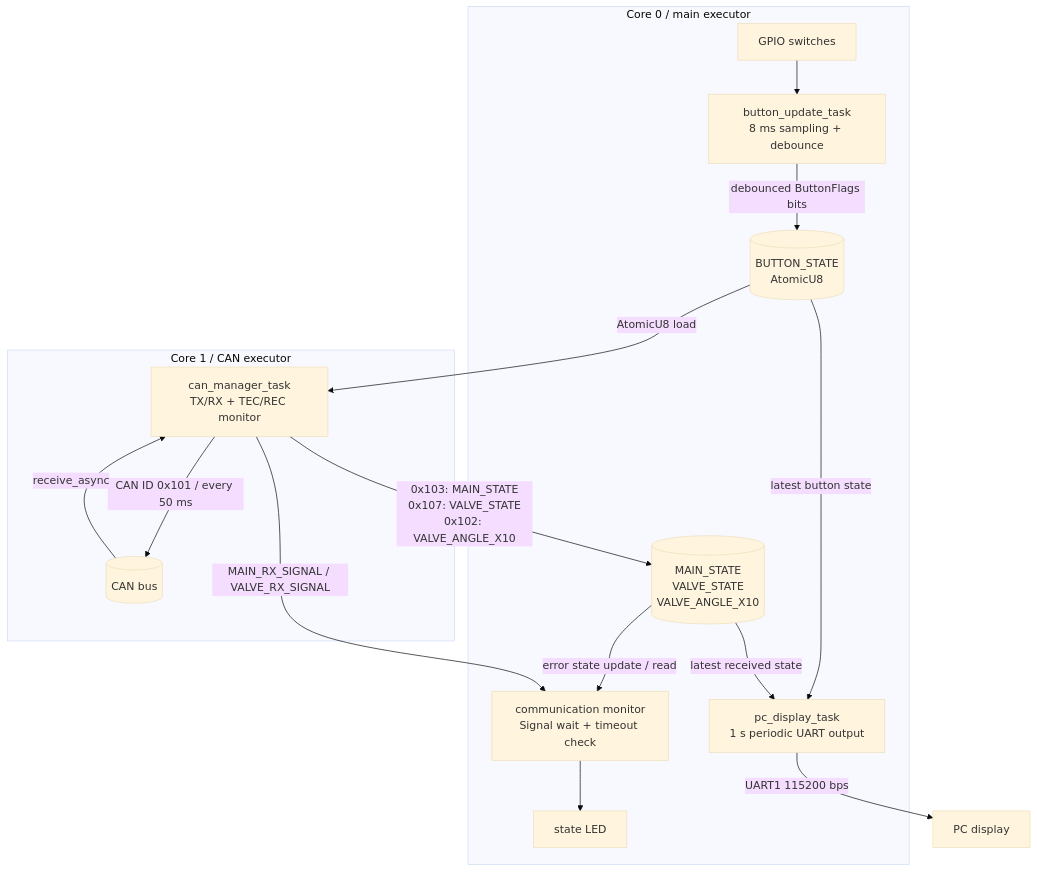
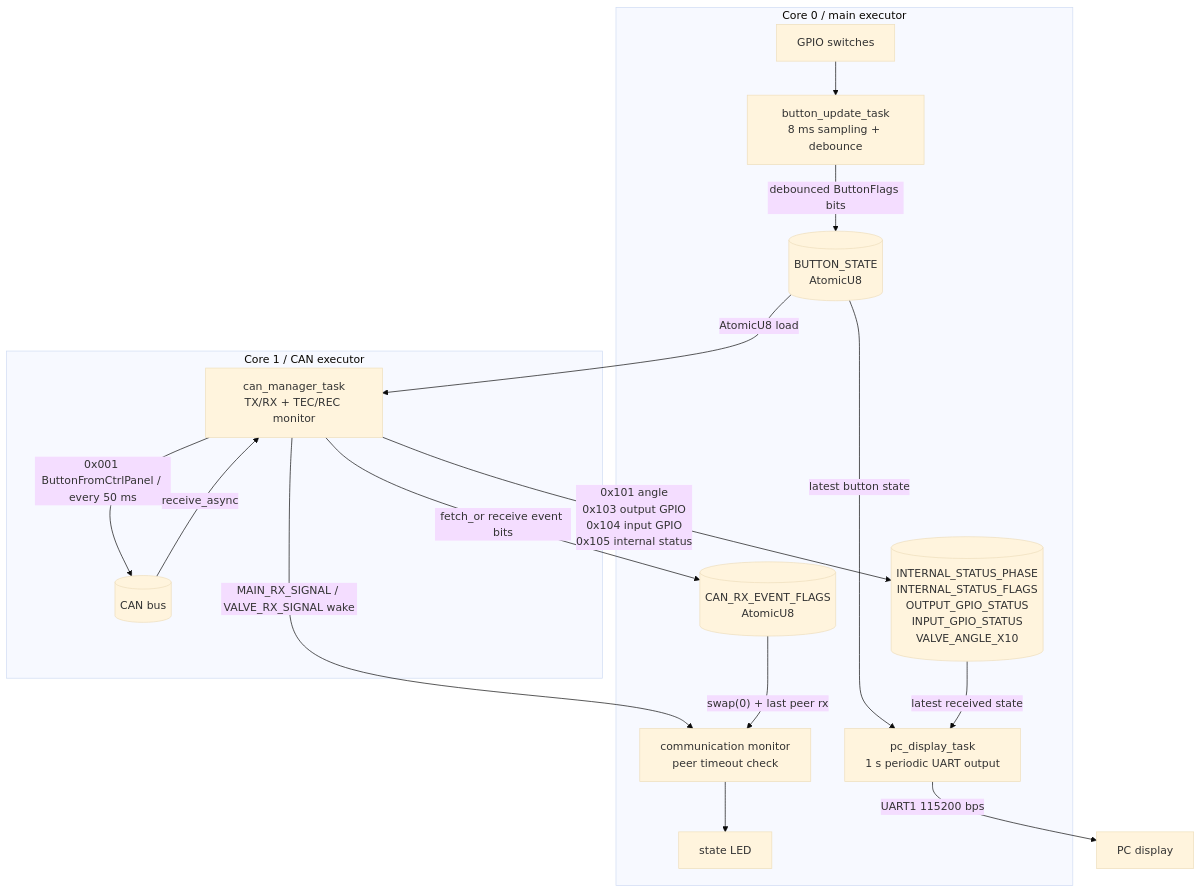
The diagram in README.md (Kuh456/GSE_99L_controller_panel), drawn with Mermaid (base theme) before and after one commit. The commit also changed other lines of this file and 8 other files, not shown here.

First line of the commit message:
Refactor CAN communication and button handling

````diff
--- a/README.md
+++ b/README.md
@@ -9,32 +9,34 @@
 ```mermaid
 flowchart TB
     subgraph CORE0["Core 0 / main executor"]
         GPIO["GPIO switches"]
         BUTTON["button_update_task<br/>8 ms sampling + debounce"]
         BUTTON_STATE[("BUTTON_STATE<br/>AtomicU8")]
         PCDISP["pc_display_task<br/>1 s periodic UART output"]
-        STATE_ATOMICS[("MAIN_STATE<br/>VALVE_STATE<br/>VALVE_ANGLE_X10")]
-        MONITOR["communication monitor<br/>Signal wait + timeout check"]
+        STATE_ATOMICS[("INTERNAL_STATUS_PHASE<br/>INTERNAL_STATUS_FLAGS<br/>OUTPUT_GPIO_STATUS<br/>INPUT_GPIO_STATUS<br/>VALVE_ANGLE_X10")]
+        CAN_EVENTS[("CAN_RX_EVENT_FLAGS<br/>AtomicU8")]
+        MONITOR["communication monitor<br/>peer timeout check"]
         LED["state LED"]
 
         GPIO --> BUTTON
         BUTTON -->|"debounced ButtonFlags bits"| BUTTON_STATE
         BUTTON_STATE -->|"latest button state"| PCDISP
         STATE_ATOMICS -->|"latest received state"| PCDISP
-        STATE_ATOMICS -->|"error state update / read"| MONITOR
         MONITOR --> LED
     end
 
     subgraph CORE1["Core 1 / CAN executor"]
         CANMGR["can_manager_task<br/>TX/RX + TEC/REC monitor"]
         CANBUS[("CAN bus")]
 
-        CANMGR -->|"CAN ID 0x101 / every 50 ms"| CANBUS
+        CANMGR -->|"0x001 ButtonFromCtrlPanel / every 50 ms"| CANBUS
         CANBUS -->|"receive_async"| CANMGR
     end
 
     BUTTON_STATE -->|"AtomicU8 load"| CANMGR
-    CANMGR -->|"0x103: MAIN_STATE<br/>0x107: VALVE_STATE<br/>0x102: VALVE_ANGLE_X10"| STATE_ATOMICS
-    CANMGR -->|"MAIN_RX_SIGNAL / VALVE_RX_SIGNAL"| MONITOR
+    CANMGR -->|"0x101 angle<br/>0x103 output GPIO<br/>0x104 input GPIO<br/>0x105 internal status"| STATE_ATOMICS
+    CANMGR -->|"fetch_or receive event bits"| CAN_EVENTS
+    CANMGR -->|"MAIN_RX_SIGNAL / VALVE_RX_SIGNAL wake"| MONITOR
+    CAN_EVENTS -->|"swap(0) + last peer rx"| MONITOR
     PCDISP -->|"UART1 115200 bps"| PC["PC display"]
 ```
````
